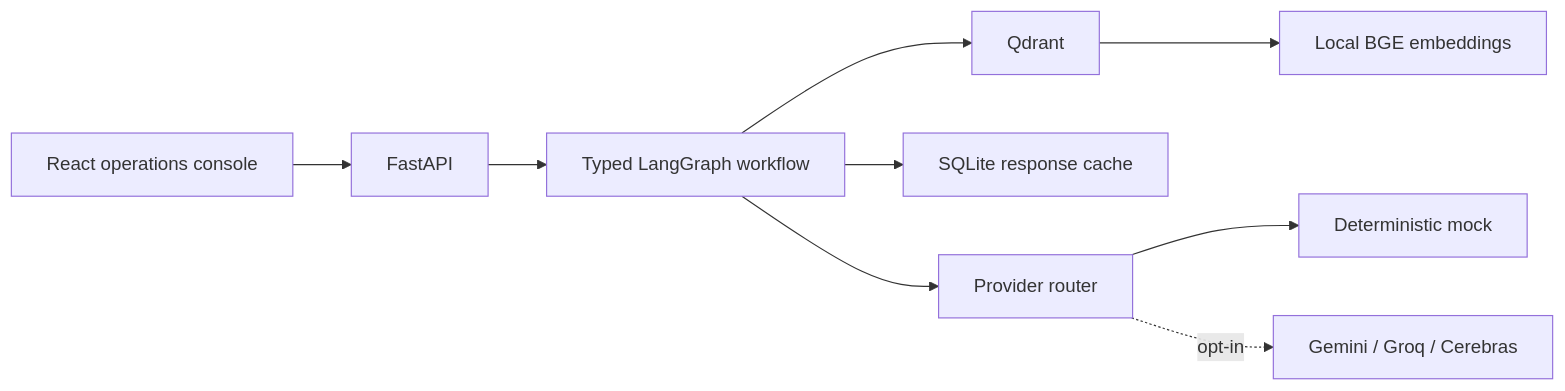
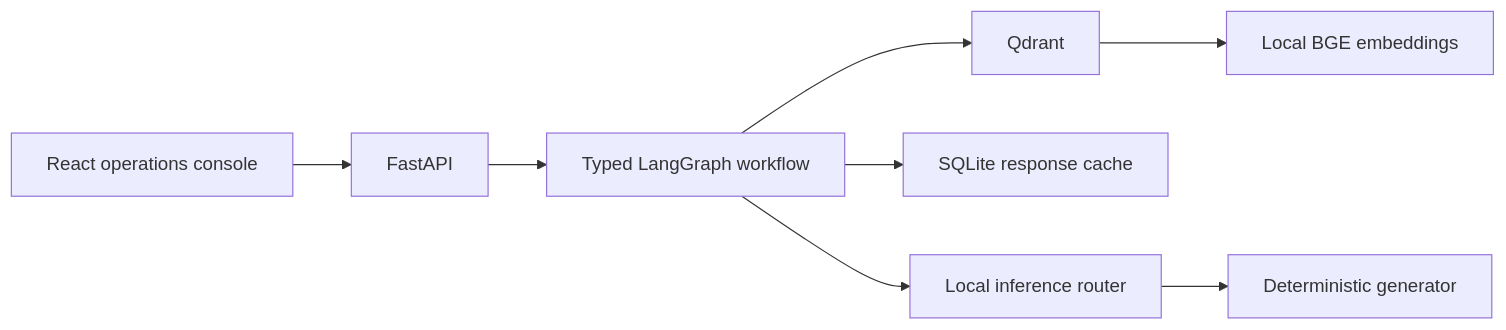
Before and after one commit to Praciller/customer-support-rag-triage-agent: the diagram in README.md, drawn with Mermaid. The commit also changed other lines of this file, not shown here.

Commit message:
Align documentation with local inference

````diff
--- a/README.md
+++ b/README.md
@@ -31,11 +31,10 @@
 ```mermaid
 flowchart LR
   UI[React operations console] --> API[FastAPI]
   API --> G[Typed LangGraph workflow]
   G --> Q[Qdrant]
   Q --> E[Local BGE embeddings]
   G --> C[SQLite response cache]
-  G --> R[Provider router]
-  R --> M[Deterministic mock]
-  R -. opt-in .-> P[Gemini / Groq / Cerebras]
+  G --> R[Local inference router]
+  R --> M[Deterministic generator]
 ```
````
